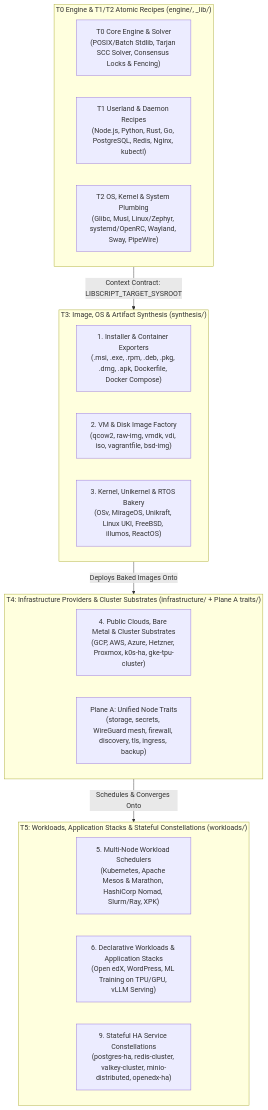
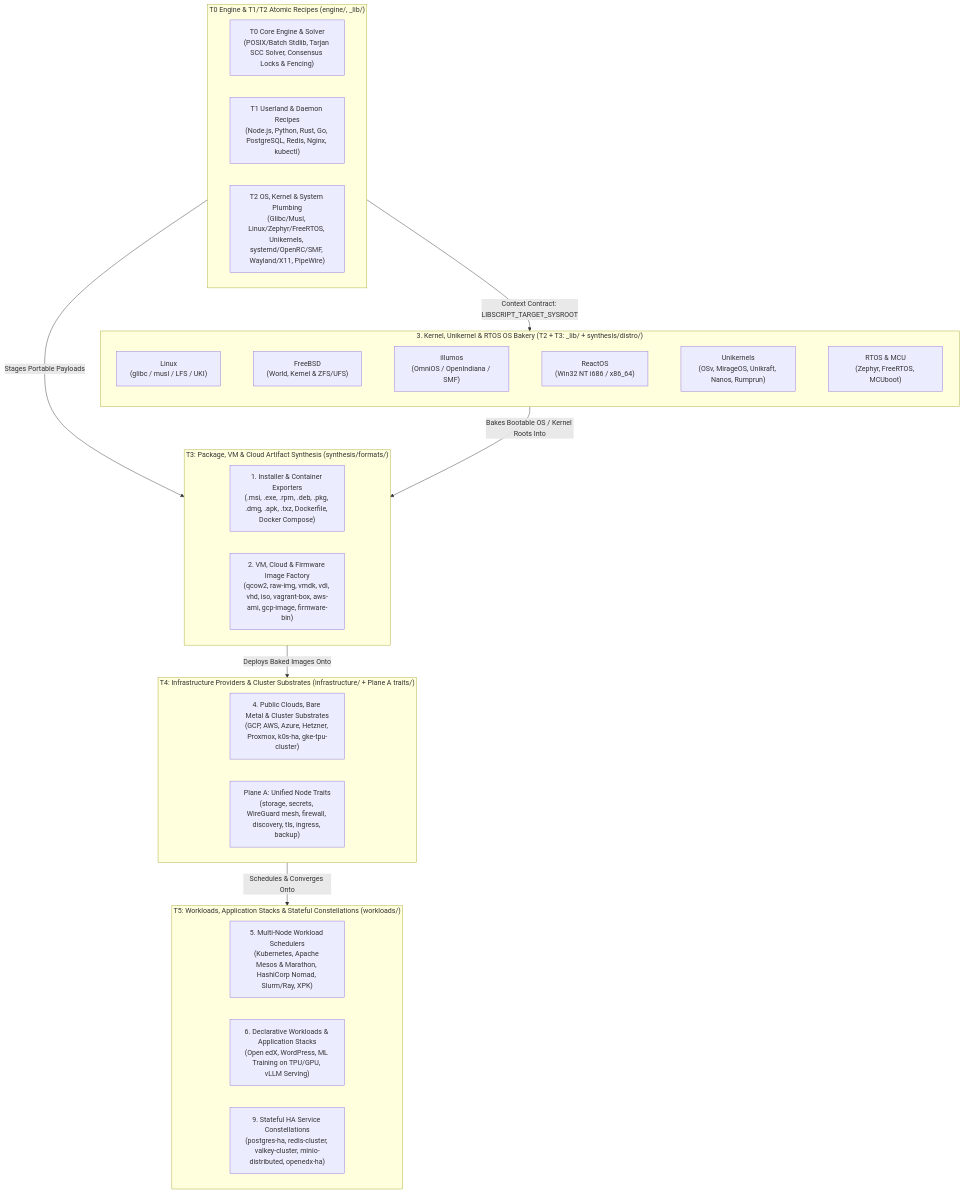
Before and after one commit to SamuelMarks/libscript: the third of 5 diagrams in README.md, drawn with Mermaid. The commit also changed other lines of this file and 181 other files, not shown here.

````diff
--- a/README.md
+++ b/README.md
@@ -200,29 +203,35 @@
 ```mermaid
 flowchart TD
     subgraph T0_T2["T0 Engine & T1/T2 Atomic Recipes (engine/, _lib/)"]
         T0_Core["T0 Core Engine & Solver<br/>(POSIX/Batch Stdlib, Tarjan SCC Solver, Consensus Locks & Fencing)"]
         T1_VM["T1 Userland & Daemon Recipes<br/>(Node.js, Python, Rust, Go, PostgreSQL, Redis, Nginx, kubectl)"]
-        T2_Base["T2 OS, Kernel & System Plumbing<br/>(Glibc, Musl, Linux/Zephyr, systemd/OpenRC, Wayland, Sway, PipeWire)"]
+        T2_Base["T2 OS, Kernel & System Plumbing<br/>(Glibc/Musl, Linux/Zephyr/FreeRTOS, Unikernels, systemd/OpenRC/SMF, Wayland/X11, PipeWire)"]
     end
 
-    subgraph T3["T3: Image, OS & Artifact Synthesis (synthesis/)"]
-        T3_Pkg["1. Installer & Container Exporters<br/>(.msi, .exe, .rpm, .deb, .pkg, .dmg, .apk, Dockerfile, Docker Compose)"]
-        T3_Disk["2. VM & Disk Image Factory<br/>(qcow2, raw-img, vmdk, vdi, iso, vagrantfile, bsd-img)"]
-        T3_Kernel["3. Kernel, Unikernel & RTOS Bakery<br/>(OSv, MirageOS, Unikraft, Linux UKI, FreeBSD, illumos, ReactOS)"]
+    subgraph T3_Bakery["3. Kernel, Unikernel & RTOS OS Bakery (T2 + T3: _lib/ + synthesis/distro/)"]
+        direction LR
+        T3_Linux["Linux<br/>(glibc / musl / LFS / UKI)"] ~~~ T3_FreeBSD["FreeBSD<br/>(World, Kernel & ZFS/UFS)"] ~~~ T3_Illumos["illumos<br/>(OmniOS / OpenIndiana / SMF)"] ~~~ T3_ReactOS["ReactOS<br/>(Win32 NT i686 / x86_64)"] ~~~ T3_Uni["Unikernels<br/>(OSv, MirageOS, Unikraft, Nanos, Rumprun)"] ~~~ T3_RTOS["RTOS & MCU<br/>(Zephyr, FreeRTOS, MCUboot)"]
+    end
+
+    subgraph T3["T3: Package, VM & Cloud Artifact Synthesis (synthesis/formats/)"]
+        T3_Pkg["1. Installer & Container Exporters<br/>(.msi, .exe, .rpm, .deb, .pkg, .dmg, .apk, .txz, Dockerfile, Docker Compose)"]
+        T3_Disk["2. VM, Cloud & Firmware Image Factory<br/>(qcow2, raw-img, vmdk, vdi, vhd, iso, vagrant-box, aws-ami, gcp-image, firmware-bin)"]
     end
 
     subgraph T4["T4: Infrastructure Providers & Cluster Substrates (infrastructure/ + Plane A traits/)"]
         T4_Cloud["4. Public Clouds, Bare Metal & Cluster Substrates<br/>(GCP, AWS, Azure, Hetzner, Proxmox, k0s-ha, gke-tpu-cluster)"]
         PlaneA_Traits["Plane A: Unified Node Traits<br/>(storage, secrets, WireGuard mesh, firewall, discovery, tls, ingress, backup)"]
     end
 
     subgraph T5["T5: Workloads, Application Stacks & Stateful Constellations (workloads/)"]
         T5_Sched["5. Multi-Node Workload Schedulers<br/>(Kubernetes, Apache Mesos & Marathon, HashiCorp Nomad, Slurm/Ray, XPK)"]
         T5_Jobs["6. Declarative Workloads & Application Stacks<br/>(Open edX, WordPress, ML Training on TPU/GPU, vLLM Serving)"]
         T5_HA["9. Stateful HA Service Constellations<br/>(postgres-ha, redis-cluster, valkey-cluster, minio-distributed, openedx-ha)"]
     end
 
-    T0_T2 -->|Context Contract: LIBSCRIPT_TARGET_SYSROOT| T3
+    T0_T2 -->|Context Contract: LIBSCRIPT_TARGET_SYSROOT| T3_Bakery
+    T0_T2 -->|Stages Portable Payloads| T3
+    T3_Bakery -->|Bakes Bootable OS / Kernel Roots Into| T3
     T3 -->|Deploys Baked Images Onto| T4
     T4 -->|Schedules & Converges Onto| T5
 ```
````
